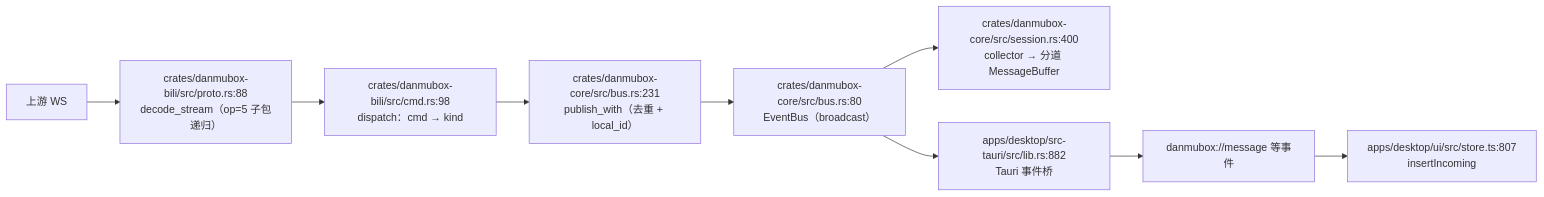
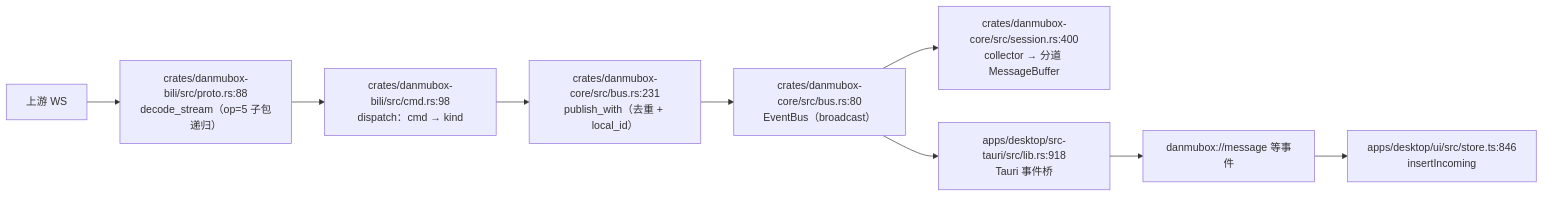
The fifth of 6 diagrams in docs/architecture.md (HakaseZ/danmubox), drawn with Mermaid before and after one commit. The commit also changed other lines of this file and 20 other files, not shown here.

````diff
--- a/docs/architecture.md
+++ b/docs/architecture.md
@@ -273,11 +276,11 @@
 ```mermaid
 graph LR
   UP["上游 WS"] --> DEC["crates/danmubox-bili/src/proto.rs:88<br/>decode_stream（op=5 子包递归）"]
   DEC --> CMD["crates/danmubox-bili/src/cmd.rs:98<br/>dispatch：cmd → kind"]
   CMD --> SINK["crates/danmubox-core/src/bus.rs:231<br/>publish_with（去重 + local_id）"]
   SINK --> BUS["crates/danmubox-core/src/bus.rs:80<br/>EventBus（broadcast）"]
   BUS --> BUF["crates/danmubox-core/src/session.rs:400<br/>collector → 分道 MessageBuffer"]
-  BUS --> BRIDGE["apps/desktop/src-tauri/src/lib.rs:882<br/>Tauri 事件桥"]
+  BUS --> BRIDGE["apps/desktop/src-tauri/src/lib.rs:918<br/>Tauri 事件桥"]
   BRIDGE --> EVT["danmubox://message 等事件"]
-  EVT --> STORE["apps/desktop/ui/src/store.ts:807<br/>insertIncoming"]
+  EVT --> STORE["apps/desktop/ui/src/store.ts:846<br/>insertIncoming"]
 ```
````
